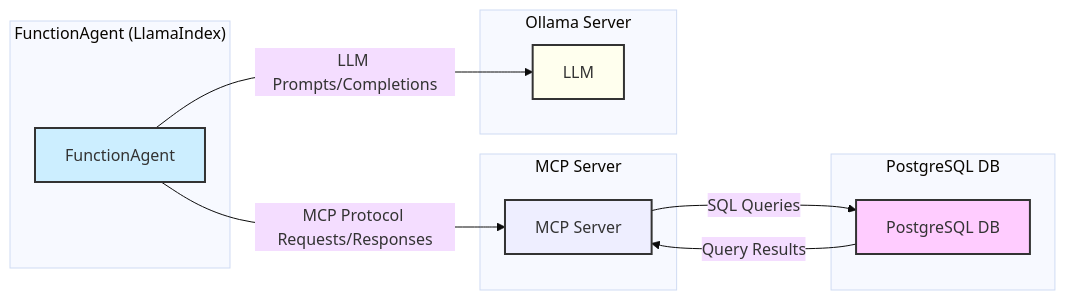
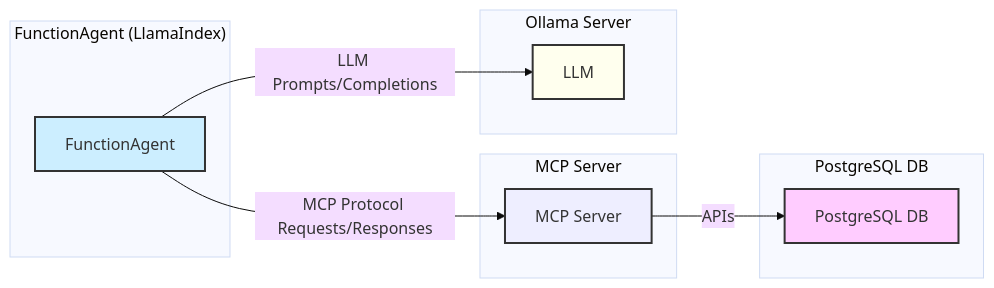
Before and after one commit to 00VALAK00/MCP-LLamaIndex-CRUD-Agent: the diagram in README.md, drawn with Mermaid (base theme).

````diff
--- a/README.md
+++ b/README.md
@@ -15,25 +15,25 @@
 ```mermaid
 flowchart LR
     subgraph UserAgent["FunctionAgent (LlamaIndex)"]
         A[FunctionAgent]
     end
     subgraph MCP["MCP Server"]
         B[MCP Server]
     end
     subgraph Ollama["Ollama Server"]
         C[LLM]
     end
     subgraph DB["PostgreSQL DB"]
         D[PostgreSQL DB]
     end
 
     A -- "MCP Protocol Requests/Responses" --> B
     A -- "LLM Prompts/Completions" --> C
-    B -- "SQL Queries" --> D
-    D -- "Query Results" --> B
+    B -- "APIs" --> D
+  
 
     style A fill:#cef,stroke:#333,stroke-width:2px
     style B fill:#eef,stroke:#333,stroke-width:2px
     style C fill:#ffe,stroke:#333,stroke-width:2px
     style D fill:#fcf,stroke:#333,stroke-width:2px
 ```
````
